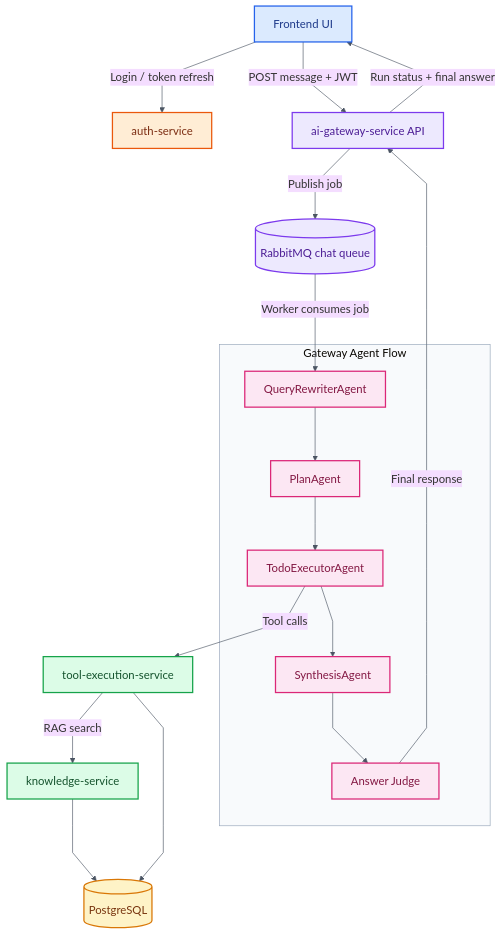
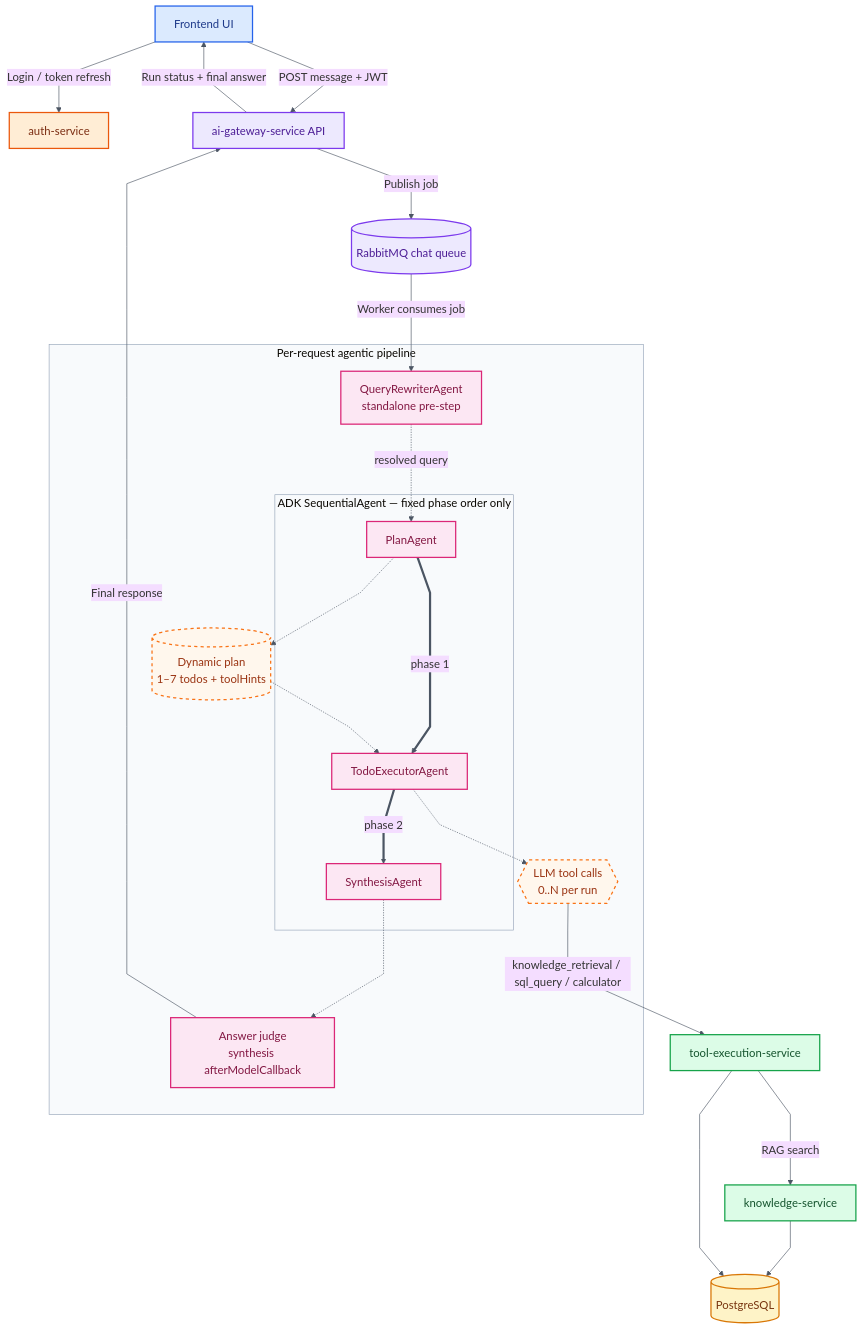
Before and after one commit to Danilka-Akarawita/Assignment: the second of 2 diagrams in README.md, drawn with Mermaid. The commit also changed other lines of this file and 1 other file, not shown here.

Commit message:
edited the diagram

````diff
--- a/README.md
+++ b/README.md
@@ -115,49 +104,58 @@
 ```mermaid
 %%{init: {'theme':'base','flowchart': {'curve':'linear','nodeSpacing': 60,'rankSpacing': 85},'themeVariables': {'fontFamily':'Arial','fontSize':'18px','lineColor':'#4b5563','clusterBkg':'#f8fafc','clusterBorder':'#94a3b8'}}}%%
 flowchart TB
   UI[Frontend UI]
   AUTH[auth-service]
   API[ai-gateway-service API]
   RMQ[(RabbitMQ chat queue)]
 
-  subgraph agents [Gateway Agent Flow]
-    QR[QueryRewriterAgent]
-    PA[PlanAgent]
-    TE[TodoExecutorAgent]
-    SA[SynthesisAgent]
-    JUDGE[Answer Judge]
+  subgraph pipeline [Per-request agentic pipeline]
+    QR["QueryRewriterAgent<br/>standalone pre-step"]
+    subgraph shell ["ADK SequentialAgent — fixed phase order only"]
+      PA["PlanAgent"]
+      TE["TodoExecutorAgent"]
+      SA["SynthesisAgent"]
+      PA ==>|phase 1| TE
+      TE ==>|phase 2| SA
+    end
+    PLAN[("Dynamic plan<br/>1–7 todos + toolHints")]
+    TOOLS_LOOP{{"LLM tool calls<br/>0..N per run"}}
+    JUDGE["Answer judge<br/>synthesis afterModelCallback"]
+    QR -.->|resolved query| PA
+    PA -.-> PLAN
+    PLAN -.-> TE
+    TE -.-> TOOLS_LOOP
+    SA -.-> JUDGE
   end
 
   TS[tool-execution-service]
   KS[knowledge-service]
   DB[(PostgreSQL)]
 
   UI -->|Login / token refresh| AUTH
   UI -->|POST message + JWT| API
   API -->|Publish job| RMQ
   RMQ -->|Worker consumes job| QR
-  QR --> PA
-  PA --> TE
-  TE -->|Tool calls| TS
+  TOOLS_LOOP -->|knowledge_retrieval / sql_query / calculator| TS
   TS -->|RAG search| KS
   KS --> DB
   TS --> DB
-  TE --> SA
-  SA --> JUDGE
   JUDGE -->|Final response| API
   API -->|Run status + final answer| UI
 
   classDef ui fill:#dbeafe,stroke:#2563eb,color:#1e3a8a,stroke-width:2px;
   classDef auth fill:#ffedd5,stroke:#ea580c,color:#7c2d12,stroke-width:2px;
   classDef gateway fill:#ede9fe,stroke:#7c3aed,color:#4c1d95,stroke-width:2px;
   classDef agents fill:#fce7f3,stroke:#db2777,color:#831843,stroke-width:2px;
+  classDef dynamic fill:#fff7ed,stroke:#f97316,color:#9a3412,stroke-width:2px,stroke-dasharray:5 5;
   classDef services fill:#dcfce7,stroke:#16a34a,color:#14532d,stroke-width:2px;
   classDef storage fill:#fef3c7,stroke:#d97706,color:#78350f,stroke-width:2px;
 
   class UI ui;
   class AUTH auth;
   class API,RMQ gateway;
   class QR,PA,TE,SA,JUDGE agents;
+  class PLAN,TOOLS_LOOP dynamic;
   class TS,KS services;
   class DB storage;
 ```
````
